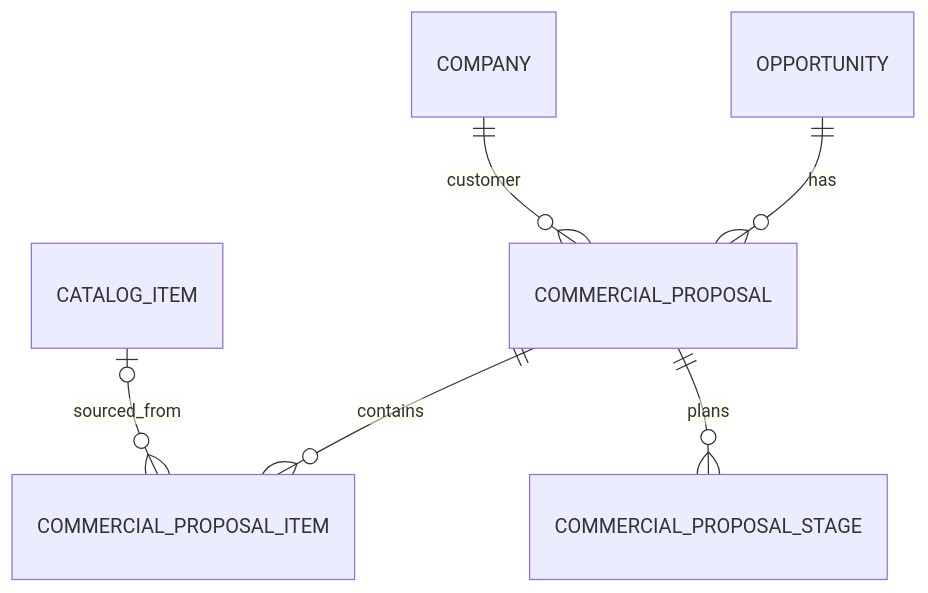
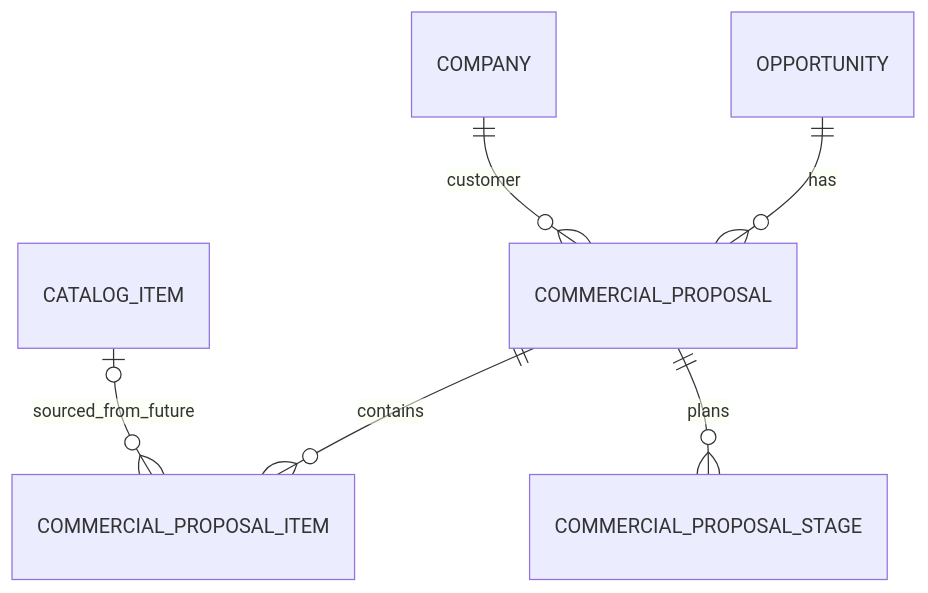
The diagram in mikoton-commercial-proposals/docs/proposal-data-model-v2.md (RandRusName/TwentyCommercialProposal), drawn with Mermaid before and after one commit. The commit also changed other lines of this file and 5 other files, not shown here.

````diff
--- a/mikoton-commercial-proposals/docs/proposal-data-model-v2.md
+++ b/mikoton-commercial-proposals/docs/proposal-data-model-v2.md
@@ -105,8 +89,8 @@
 ```mermaid
 erDiagram
   OPPORTUNITY ||--o{ COMMERCIAL_PROPOSAL : has
   COMPANY ||--o{ COMMERCIAL_PROPOSAL : customer
   COMMERCIAL_PROPOSAL ||--o{ COMMERCIAL_PROPOSAL_ITEM : contains
   COMMERCIAL_PROPOSAL ||--o{ COMMERCIAL_PROPOSAL_STAGE : plans
-  CATALOG_ITEM o|--o{ COMMERCIAL_PROPOSAL_ITEM : sourced_from
+  CATALOG_ITEM o|--o{ COMMERCIAL_PROPOSAL_ITEM : sourced_from_future
 ```
````
